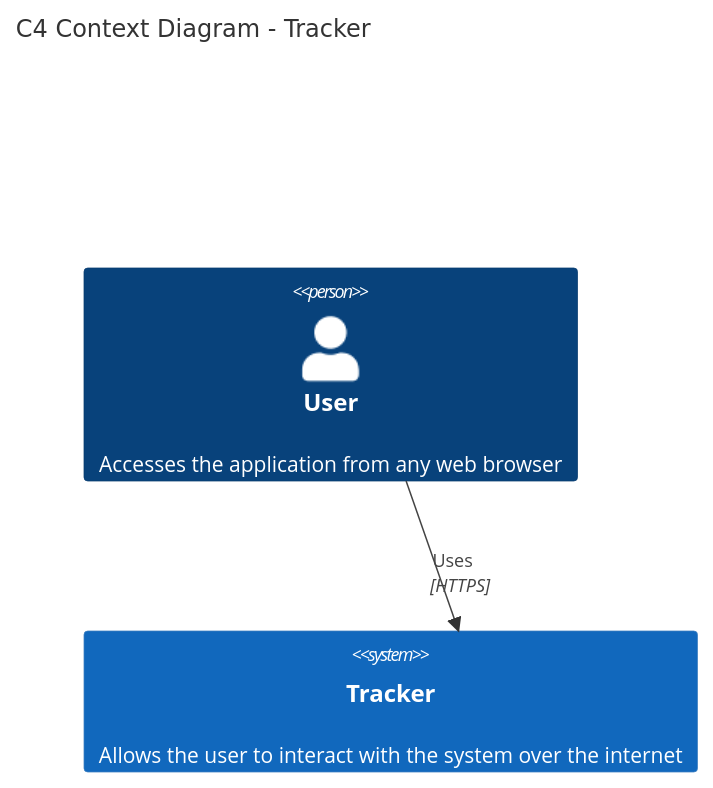
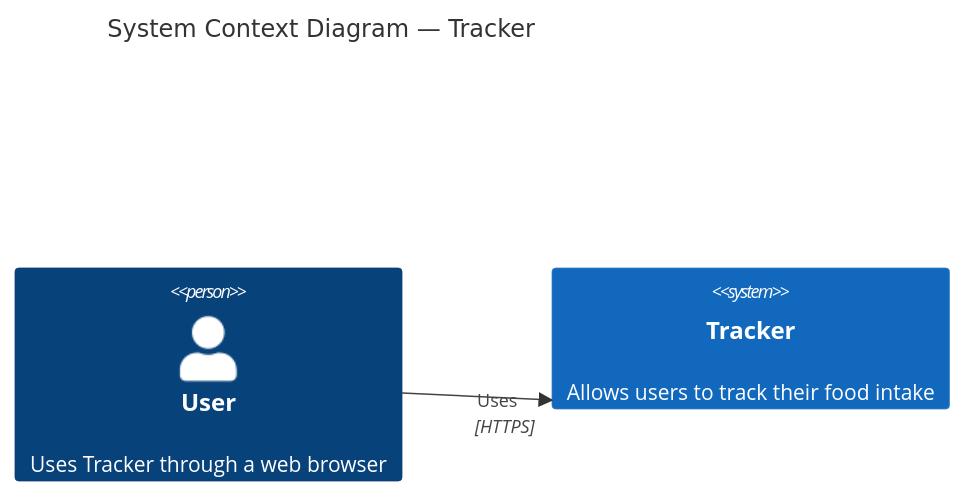
Before and after one commit to git-jrm/tracker: the first of 2 diagrams in README.md, drawn with Mermaid. The commit also changed other lines of this file, not shown here.

````diff
--- a/README.md
+++ b/README.md
@@ -8,11 +21,10 @@
 ```mermaid
 C4Context
-    title C4 Context Diagram - Tracker
+    title System Context Diagram — Tracker
 
-    Person(user, "User", "Accesses the application from any web browser")
+    Person(user, "User", "Uses Tracker through a web browser")
 
-    System(app, "Tracker", "Allows the user to interact with the system over the internet")
+    System(tracker, "Tracker", "Allows users to track their food intake")
 
-    Rel(user, app, "Uses", "HTTPS")
-
+    Rel(user, tracker, "Uses", "HTTPS")
 ```
````
